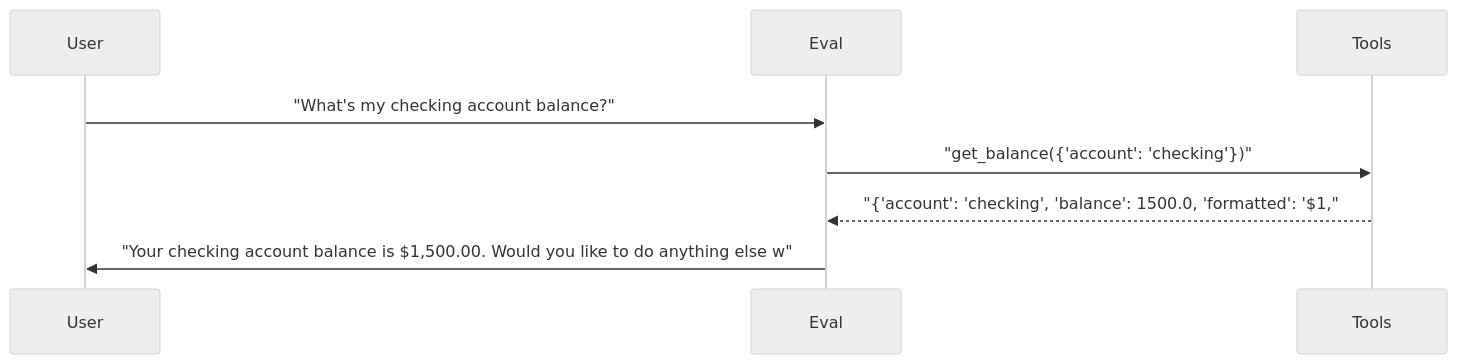
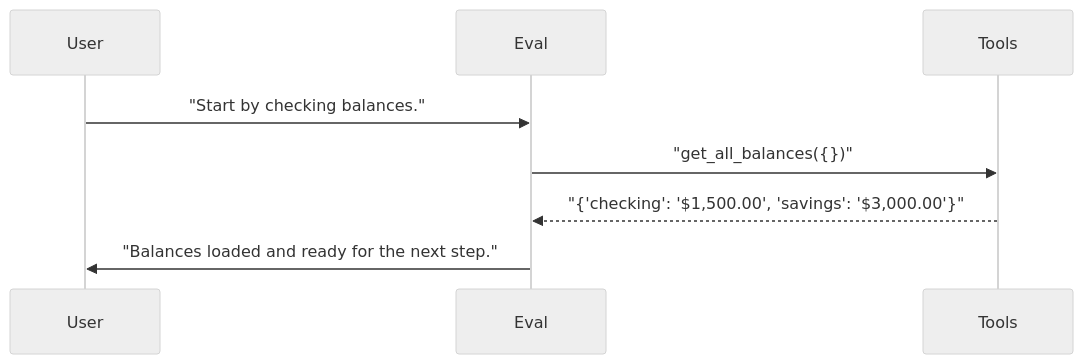
Before and after one commit to sbroenne/pytest-skill-engineering: the first of 4 diagrams in docs/reports/03_multi_agent_sessions.md, drawn with Mermaid (neutral theme). The commit also changed other lines of this file and 137 other files, not shown here.

````diff
--- a/docs/reports/03_multi_agent_sessions.md
+++ b/docs/reports/03_multi_agent_sessions.md
@@ -163,11 +60,11 @@
 ```mermaid
 sequenceDiagram
     participant User
     participant Eval
     participant Tools
 
-    User->>Eval: "What's my checking account balance?"
-    Eval->>Tools: "get_balance({'account': 'checking'})"
-    Tools-->>Eval: "{'account': 'checking', 'balance': 1500.0, 'formatted': '$1,"
-    Eval->>User: "Your checking account balance is $1,500.00. Would you like to do anything else w"
+    User->>Eval: "Start by checking balances."
+    Eval->>Tools: "get_all_balances({})"
+    Tools-->>Eval: "{'checking': '$1,500.00', 'savings': '$3,000.00'}"
+    Eval->>User: "Balances loaded and ready for the next step."
 ```
````
